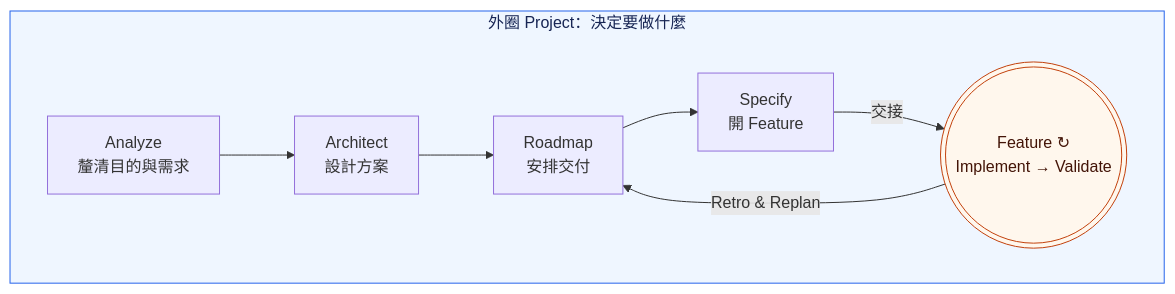
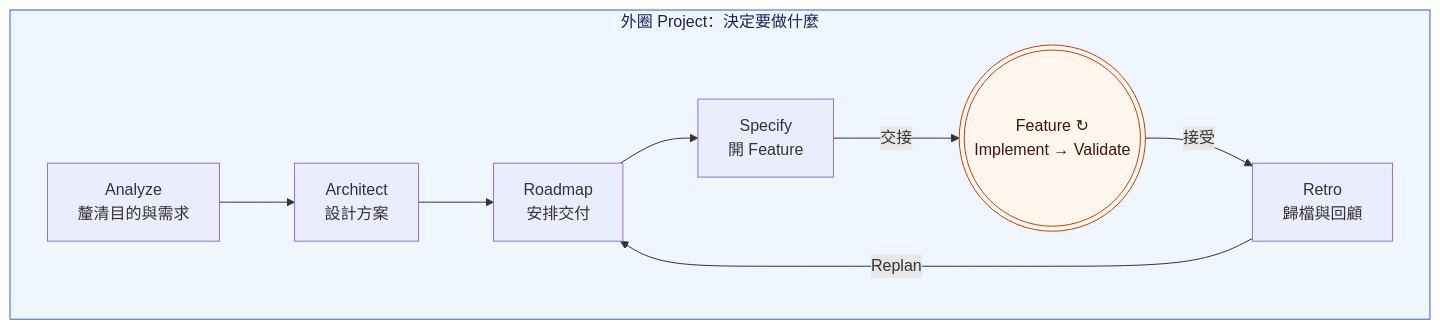
One commit to ellis429/loop-engineering changed the first of 3 diagrams in docs/guide/user-guide.md. Above: the diagram before and after it, drawn with Mermaid. The commit also changed other lines of this file and 4 other files, not shown here.

````diff
--- a/docs/guide/user-guide.md
+++ b/docs/guide/user-guide.md
@@ -13,11 +13,12 @@
 ```mermaid
 flowchart LR
   subgraph Project["外圈 Project：決定要做什麼"]
     direction LR
     A1["Analyze<br/>釐清目的與需求"] --> A2["Architect<br/>設計方案"] --> A3["Roadmap<br/>安排交付"] --> A4["Specify<br/>開 Feature"]
     A4 -->|交接| F((("Feature ↻<br/>Implement → Validate")))
-    F -->|Retro & Replan| A3
+    F -->|接受| A5["Retro<br/>歸檔與回顧"]
+    A5 -->|Replan| A3
   end
   style Project fill:#eff6ff,stroke:#2563eb,color:#172554
   style F fill:#fff7ed,stroke:#c2410c,color:#431407
 ```
````
